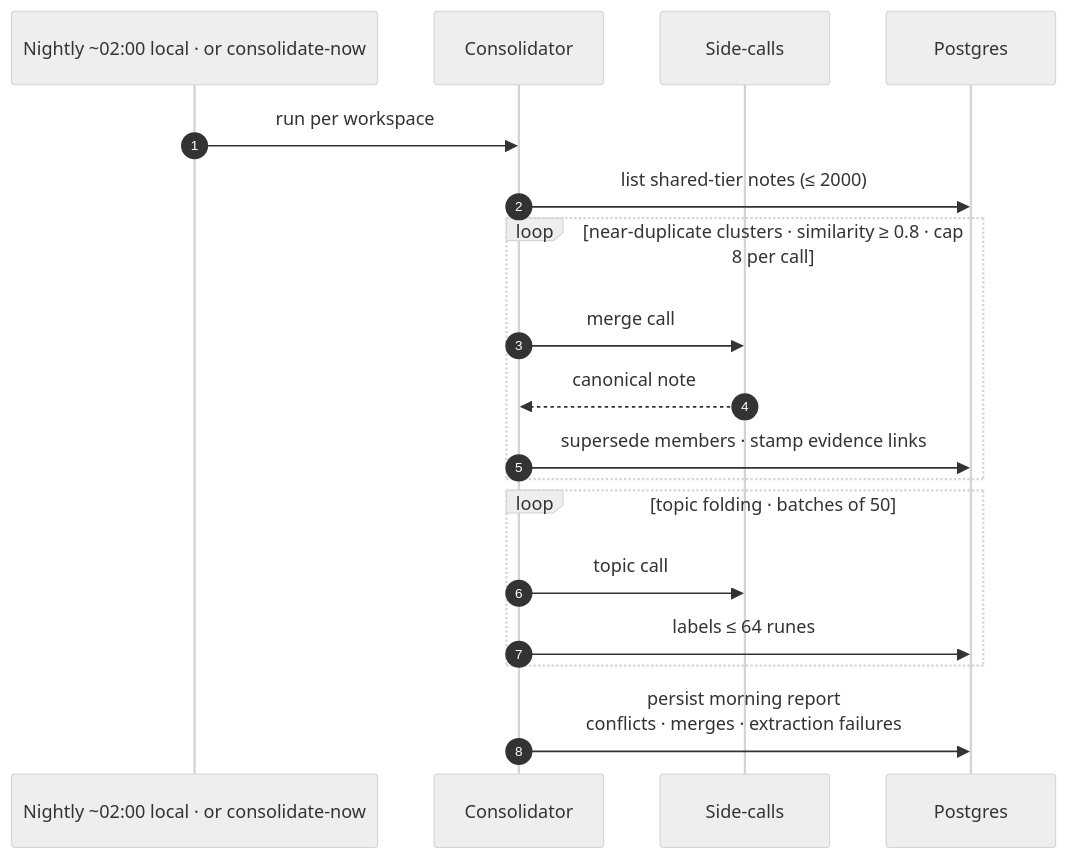
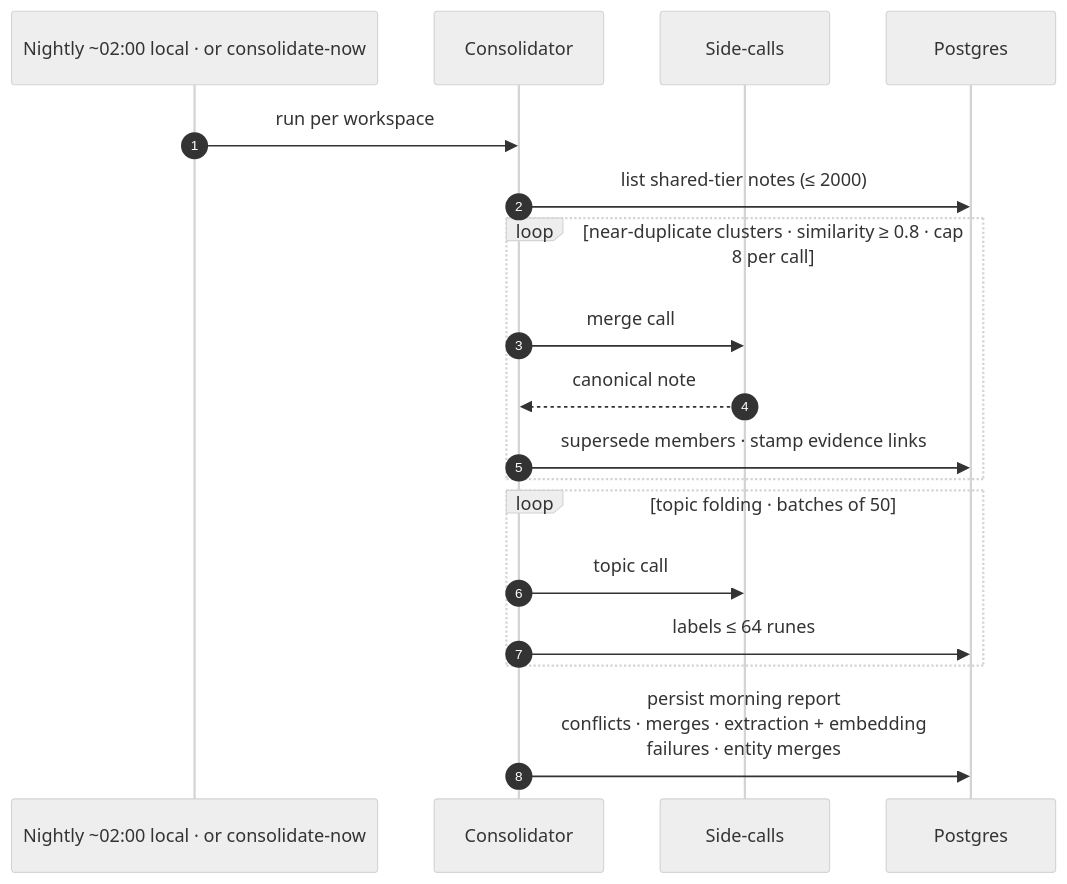
One commit to oniharnantyo/onclaw changed the ninth of 11 diagrams in docs/memory-system.md. Above: the diagram before and after it, drawn with Mermaid (neutral theme). The commit also changed other lines of this file and 62 other files, not shown here.

First line of the commit message:
feat(memory): wave 3 vectors and entity graph — fused retrieval, raw index, traversal

````diff
--- a/docs/memory-system.md
+++ b/docs/memory-system.md
@@ -303,21 +425,21 @@
 ```mermaid
 sequenceDiagram
     autonumber
     participant S as Nightly ~02:00 local · or consolidate-now
     participant C as Consolidator
     participant M as Side-calls
     participant DB as Postgres
 
     S->>C: run per workspace
     C->>DB: list shared-tier notes (≤ 2000)
     loop near-duplicate clusters · similarity ≥ 0.8 · cap 8 per call
         C->>M: merge call
         M-->>C: canonical note
         C->>DB: supersede members · stamp evidence links
     end
     loop topic folding · batches of 50
         C->>M: topic call
         C->>DB: labels ≤ 64 runes
     end
-    C->>DB: persist morning report<br/>conflicts · merges · extraction failures
+    C->>DB: persist morning report<br/>conflicts · merges · extraction + embedding<br/>failures · entity merges
 ```
````
